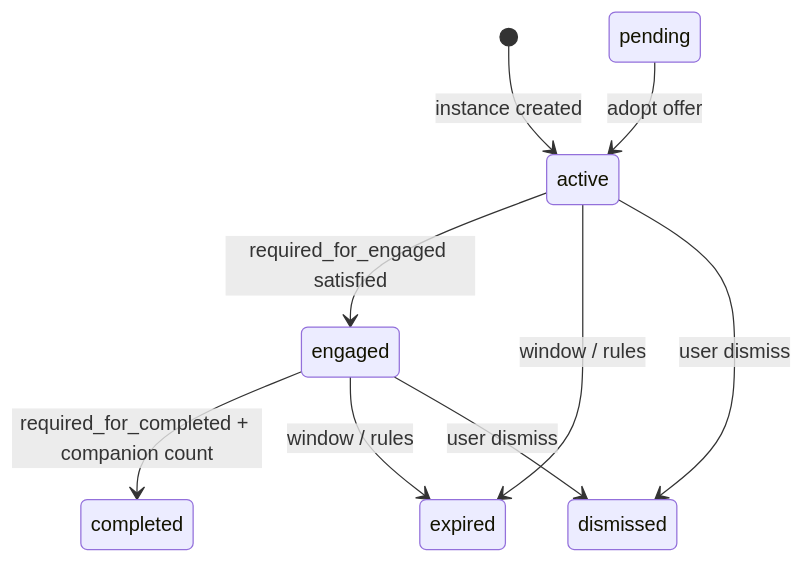
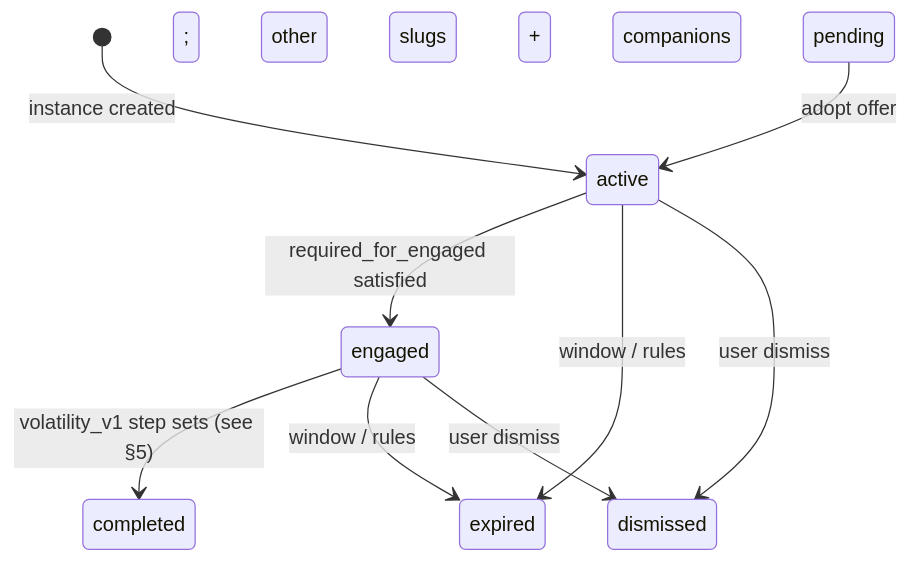
One commit to Angelguirao/holzen changed the diagram in docs/systems/pause-system.md. Above: the diagram before and after it, drawn with Mermaid. The commit also changed other lines of this file and 13 other files, not shown here.

First line of the commit message:
fix(pause): volatility_v1 contract without companion gating; sync docs and TS mirror

````diff
--- a/docs/systems/pause-system.md
+++ b/docs/systems/pause-system.md
@@ -56,11 +56,11 @@
 ```mermaid
 stateDiagram-v2
   [*] --> active: instance created
   active --> engaged: required_for_engaged satisfied
-  engaged --> completed: required_for_completed + companion count
+  engaged --> completed: volatility_v1 step sets (see §5); other slugs + companions
   active --> expired: window / rules
   engaged --> expired: window / rules
   active --> dismissed: user dismiss
   engaged --> dismissed: user dismiss
   pending --> active: adopt offer
 ```
````
